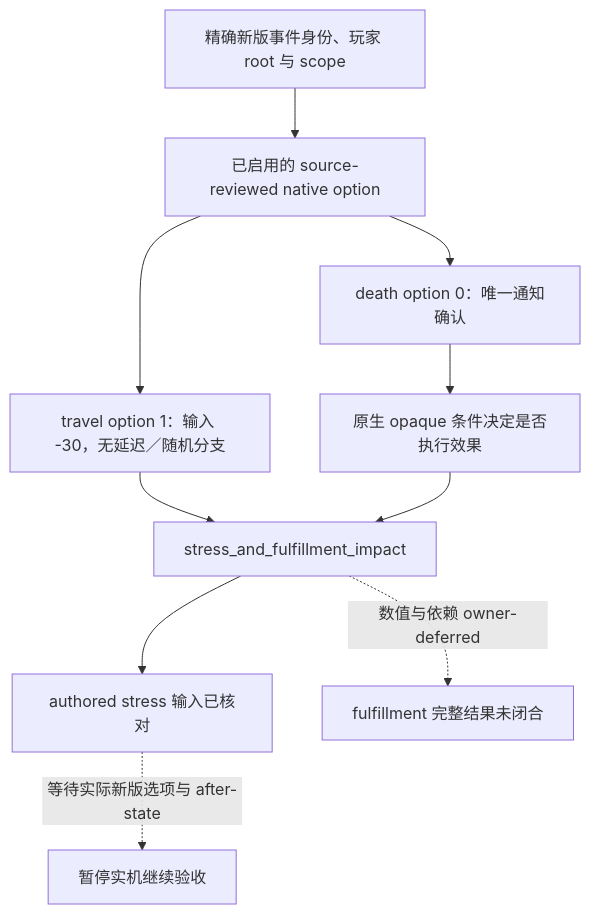
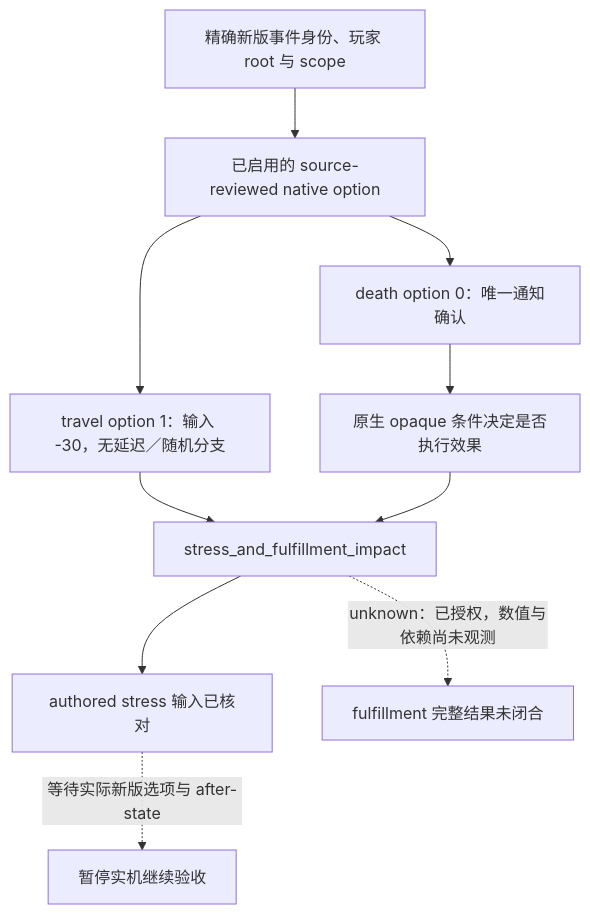
The diagram in docs/ck3-native-ai/event-stress-and-fulfillment-1.20.0.2-source-review.md (XenoAmess/ck3_eternal_recurrence), drawn with Mermaid before and after one commit. The commit also changed other lines of this file and 69 other files, not shown here.

````diff
--- a/docs/ck3-native-ai/event-stress-and-fulfillment-1.20.0.2-source-review.md
+++ b/docs/ck3-native-ai/event-stress-and-fulfillment-1.20.0.2-source-review.md
@@ -27,12 +27,12 @@
 ```mermaid
 flowchart TD
   A[精确新版事件身份、玩家 root 与 scope] --> B[已启用的 source-reviewed native option]
   B --> T[travel option 1：输入 -30，无延迟／随机分支]
   B --> D[death option 0：唯一通知确认]
   D --> G[原生 opaque 条件决定是否执行效果]
   T --> E[stress_and_fulfillment_impact]
   G --> E
   E --> S[authored stress 输入已核对]
-  E -. 数值与依赖 owner-deferred .-> F[fulfillment 完整结果未闭合]
+  E -. unknown：已授权，数值与依赖尚未观测 .-> F[fulfillment 完整结果未闭合]
   S -. 等待实际新版选项与 after-state .-> L[暂停实机继续验收]
 ```
````
